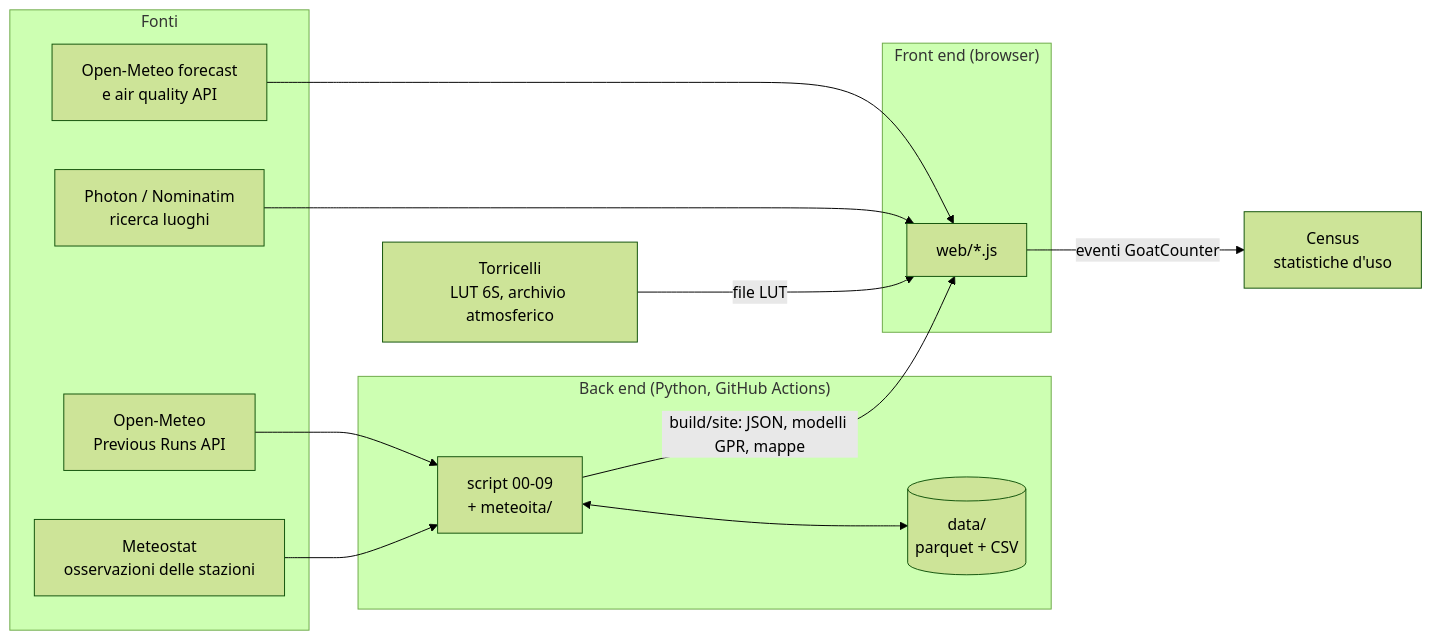
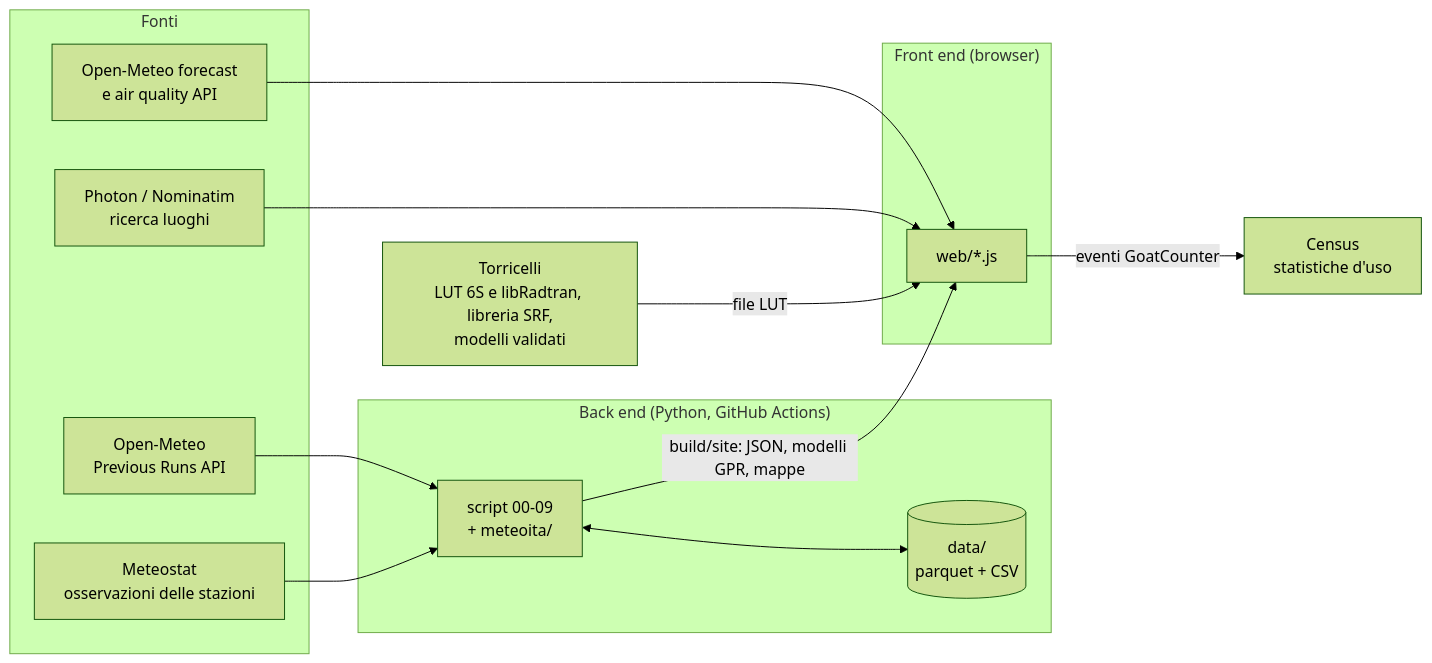
Before and after one commit to francescorossi3/prognostica: the first of 5 diagrams in docs/COME_FUNZIONA.md, drawn with Mermaid (forest theme). The commit also changed other lines of this file and 4 other files, not shown here.

First line of the commit message:
Documentazione: Atmosphere RK con il modello validato, risposte spettrali dei sensori, libRadtran; README senza le mappe a 10 m superate

````diff
--- a/docs/COME_FUNZIONA.md
+++ b/docs/COME_FUNZIONA.md
@@ -12,26 +12,26 @@
 ```mermaid
 flowchart LR
   subgraph Fonti
     OM[Open-Meteo<br>Previous Runs API]
     MS[Meteostat<br>osservazioni delle stazioni]
     OMlive[Open-Meteo forecast<br>e air quality API]
     GEO[Photon / Nominatim<br>ricerca luoghi]
   end
   subgraph "Back end (Python, GitHub Actions)"
     S[script 00-09<br>+ meteoita/]
     D[(data/<br>parquet + CSV)]
   end
   subgraph "Front end (browser)"
     W[web/*.js]
   end
-  T[Torricelli<br>LUT 6S, archivio atmosferico]
+  T[Torricelli<br>LUT 6S e libRadtran, libreria SRF,<br>modelli validati]
   C[Census<br>statistiche d'uso]
   OM --> S
   MS --> S
   S <--> D
   S -->|build/site: JSON, modelli GPR, mappe| W
   OMlive --> W
   GEO --> W
   T -->|file LUT| W
   W -->|eventi GoatCounter| C
 ```
````
